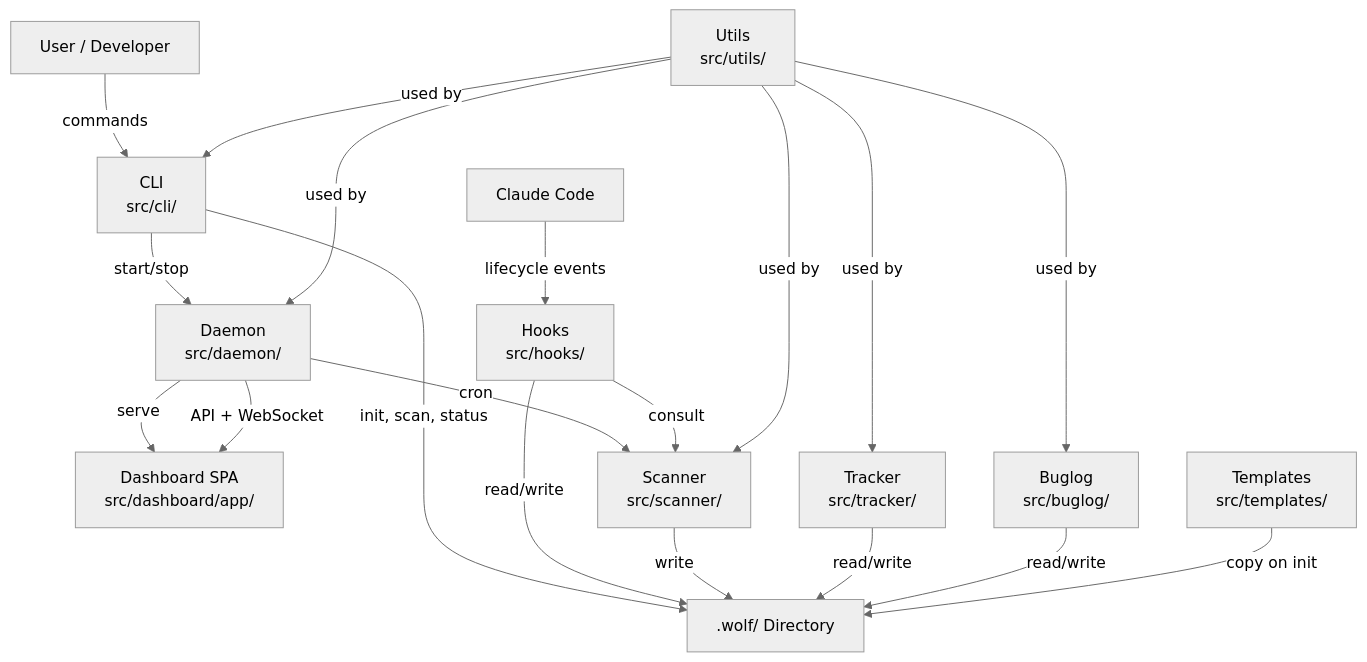
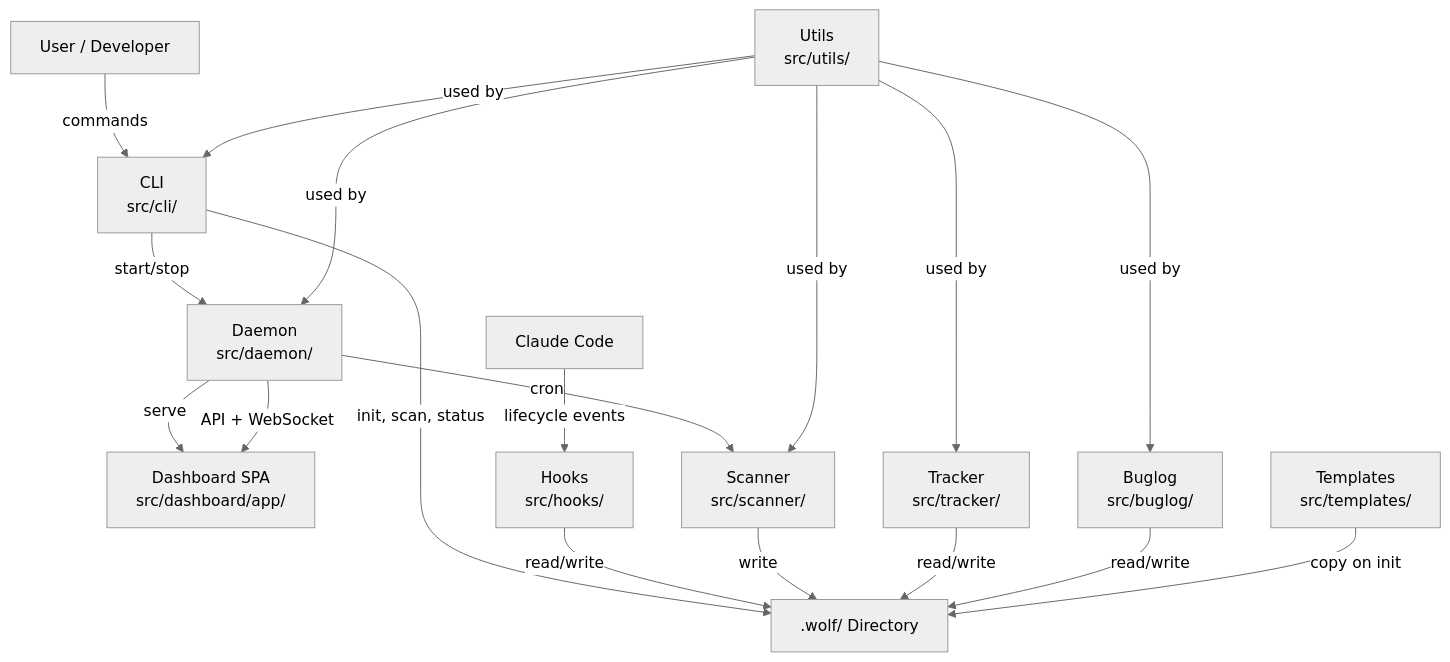
One commit to chesa/openwolf changed the diagram in docs/ARCHITECTURE.md. Above: the diagram before and after it, drawn with Mermaid (neutral theme). The commit also changed other lines of this file and 8 other files, not shown here.

````diff
--- a/docs/ARCHITECTURE.md
+++ b/docs/ARCHITECTURE.md
@@ -19,34 +19,33 @@
 ```mermaid
 graph TD
     User[User / Developer]
     CC[Claude Code]
     CLI[CLI<br/>src/cli/]
     Daemon[Daemon<br/>src/daemon/]
     Dashboard[Dashboard SPA<br/>src/dashboard/app/]
     Hooks[Hooks<br/>src/hooks/]
     Scanner[Scanner<br/>src/scanner/]
     Tracker[Tracker<br/>src/tracker/]
     Buglog[Buglog<br/>src/buglog/]
     Templates[Templates<br/>src/templates/]
     Utils[Utils<br/>src/utils/]
     WolfDir[.wolf/ Directory]
 
     User -->|commands| CLI
     CLI -->|start/stop| Daemon
     CLI -->|init, scan, status| WolfDir
     Daemon -->|serve| Dashboard
     Daemon -->|cron| Scanner
     Daemon -->|API + WebSocket| Dashboard
     CC -->|lifecycle events| Hooks
     Hooks -->|read/write| WolfDir
-    Hooks -->|consult| Scanner
     Scanner -->|write| WolfDir
     Tracker -->|read/write| WolfDir
     Buglog -->|read/write| WolfDir
     Templates -->|copy on init| WolfDir
     Utils -->|used by| CLI
     Utils -->|used by| Daemon
     Utils -->|used by| Scanner
     Utils -->|used by| Tracker
     Utils -->|used by| Buglog
 ```
````
